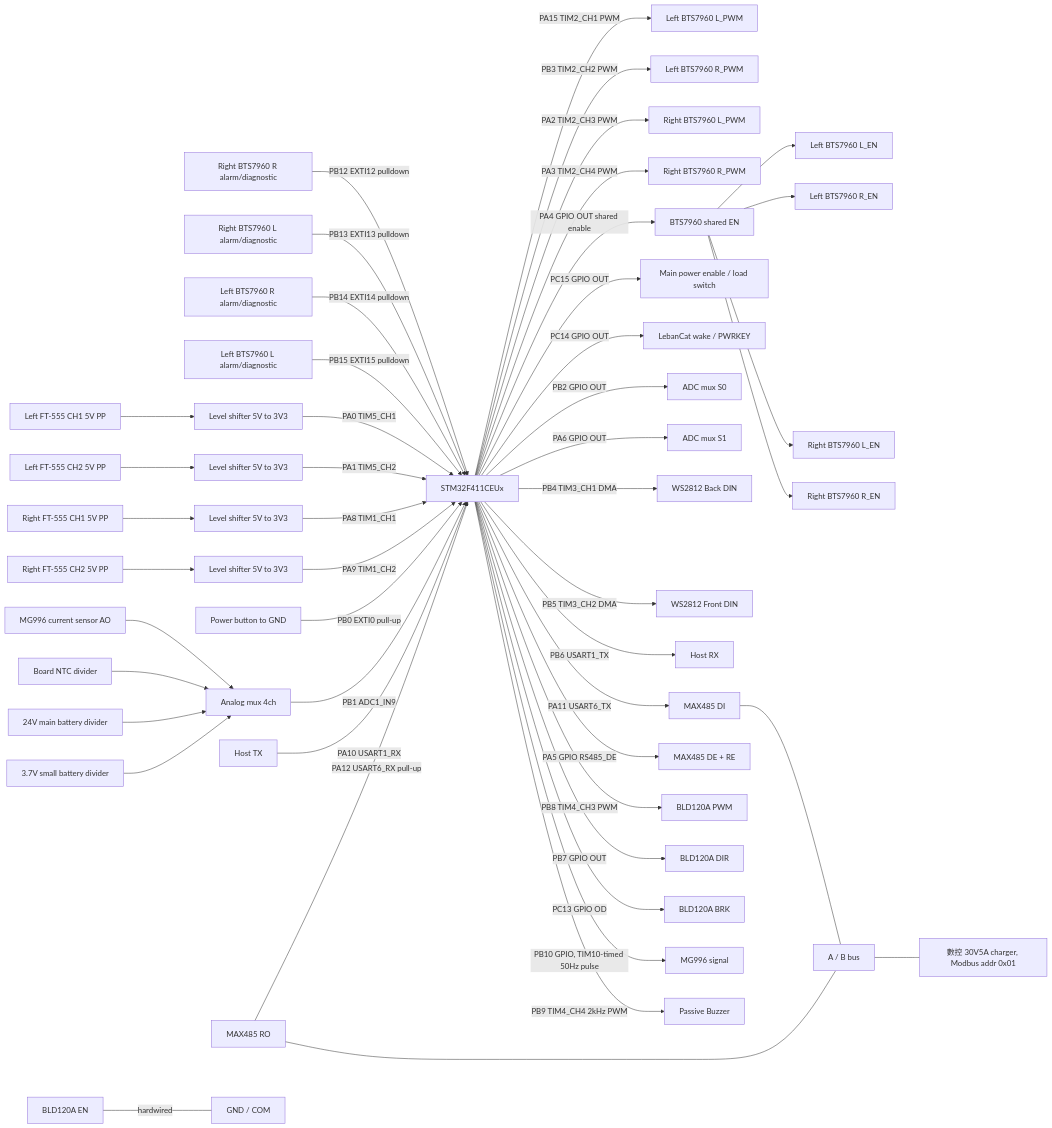
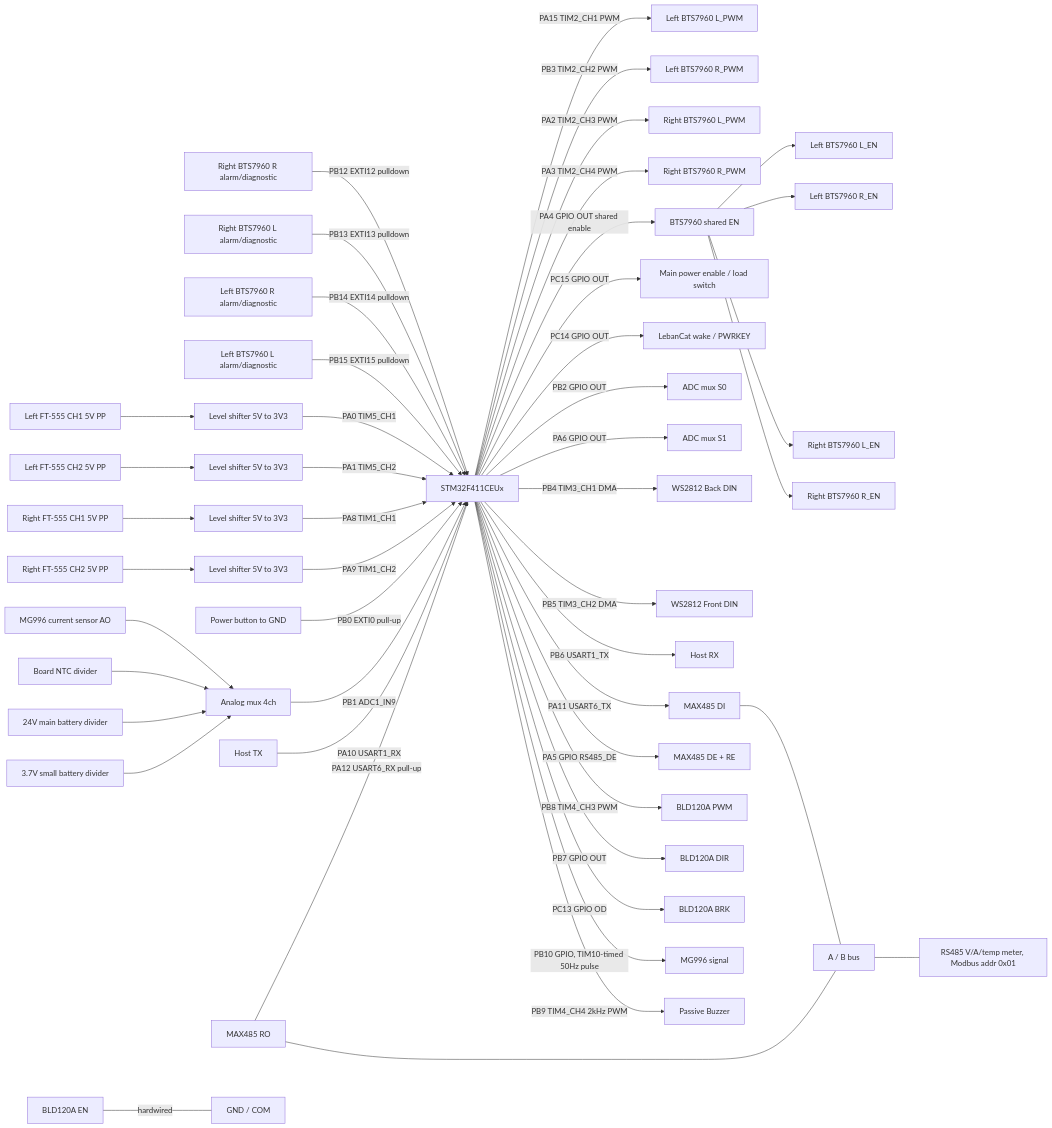
The diagram in firmware/wire.md (edwards414/mower_path_planning), drawn with Mermaid before and after one commit. The commit also changed other lines of this file and 16 other files, not shown here.

````diff
--- a/firmware/wire.md
+++ b/firmware/wire.md
@@ -57,61 +57,61 @@
 ```mermaid
 flowchart LR
   STM32[STM32F411CEUx]
 
   STM32 -->|PA15 TIM2_CH1 PWM| L_BTS_LPWM[Left BTS7960 L_PWM]
   STM32 -->|PB3 TIM2_CH2 PWM| L_BTS_RPWM[Left BTS7960 R_PWM]
   STM32 -->|PA2 TIM2_CH3 PWM| R_BTS_LPWM[Right BTS7960 L_PWM]
   STM32 -->|PA3 TIM2_CH4 PWM| R_BTS_RPWM[Right BTS7960 R_PWM]
 
   STM32 -->|PA4 GPIO OUT shared enable| BTS_EN[BTS7960 shared EN]
   BTS_EN --> L_BTS_LEN[Left BTS7960 L_EN]
   BTS_EN --> L_BTS_REN[Left BTS7960 R_EN]
   BTS_EN --> R_BTS_LEN[Right BTS7960 L_EN]
   BTS_EN --> R_BTS_REN[Right BTS7960 R_EN]
 
   R_BTS_RALM[Right BTS7960 R alarm/diagnostic] -->|PB12 EXTI12 pulldown| STM32
   R_BTS_LALM[Right BTS7960 L alarm/diagnostic] -->|PB13 EXTI13 pulldown| STM32
   L_BTS_RALM[Left BTS7960 R alarm/diagnostic] -->|PB14 EXTI14 pulldown| STM32
   L_BTS_LALM[Left BTS7960 L alarm/diagnostic] -->|PB15 EXTI15 pulldown| STM32
 
   FT555_L1[Left FT-555 CH1 5V PP] --> L_LVL1[Level shifter 5V to 3V3]
   FT555_L2[Left FT-555 CH2 5V PP] --> L_LVL2[Level shifter 5V to 3V3]
   FT555_R1[Right FT-555 CH1 5V PP] --> R_LVL1[Level shifter 5V to 3V3]
   FT555_R2[Right FT-555 CH2 5V PP] --> R_LVL2[Level shifter 5V to 3V3]
   L_LVL1 -->|PA0 TIM5_CH1| STM32
   L_LVL2 -->|PA1 TIM5_CH2| STM32
   R_LVL1 -->|PA8 TIM1_CH1| STM32
   R_LVL2 -->|PA9 TIM1_CH2| STM32
 
   PWR_BTN[Power button to GND] -->|PB0 EXTI0 pull-up| STM32
   STM32 -->|PC15 GPIO OUT| MAIN_PWR_EN[Main power enable / load switch]
   STM32 -->|PC14 GPIO OUT| LEBANCAT_WAKE[LebanCat wake / PWRKEY]
 
   STM32 -->|PB2 GPIO OUT| ADC_MUX_S0[ADC mux S0]
   STM32 -->|PA6 GPIO OUT| ADC_MUX_S1[ADC mux S1]
   CURRENT_SENSOR[MG996 current sensor AO] --> ADC_MUX[Analog mux 4ch]
   BOARD_NTC[Board NTC divider] --> ADC_MUX
   MAIN_BAT[24V main battery divider] --> ADC_MUX
   AON_BAT[3.7V small battery divider] --> ADC_MUX
   ADC_MUX -->|PB1 ADC1_IN9| STM32
 
   STM32 -->|PB4 TIM3_CH1 DMA| LED_BACK[WS2812 Back DIN]
   STM32 -->|PB5 TIM3_CH2 DMA| LED_FRONT[WS2812 Front DIN]
 
   STM32 -->|PB6 USART1_TX| HOST_RX[Host RX]
   HOST_TX[Host TX] -->|PA10 USART1_RX| STM32
 
   STM32 -->|PA11 USART6_TX| MAX485_DI[MAX485 DI]
   MAX485_RO[MAX485 RO] -->|PA12 USART6_RX pull-up| STM32
   STM32 -->|PA5 GPIO RS485_DE| MAX485_DE[MAX485 DE + RE]
   MAX485_DI --- RS485_AB[A / B bus]
   MAX485_RO --- RS485_AB
-  RS485_AB --- CHARGER[數控 30V5A charger, Modbus addr 0x01]
+  RS485_AB --- CHARGER[RS485 V/A/temp meter, Modbus addr 0x01]
 
   STM32 -->|PB8 TIM4_CH3 PWM| BLD120A_PWM[BLD120A PWM]
   STM32 -->|PB7 GPIO OUT| BLD120A_DIR[BLD120A DIR]
   STM32 -->|PC13 GPIO OD| BLD120A_BRK[BLD120A BRK]
   BLD120A_EN[BLD120A EN] ---|hardwired| GND_BLD[GND / COM]
   STM32 -->|PB10 GPIO, TIM10-timed 50Hz pulse| MG996_SIG[MG996 signal]
   STM32 -->|PB9 TIM4_CH4 2kHz PWM| BUZZER[Passive Buzzer]
 ```
````
